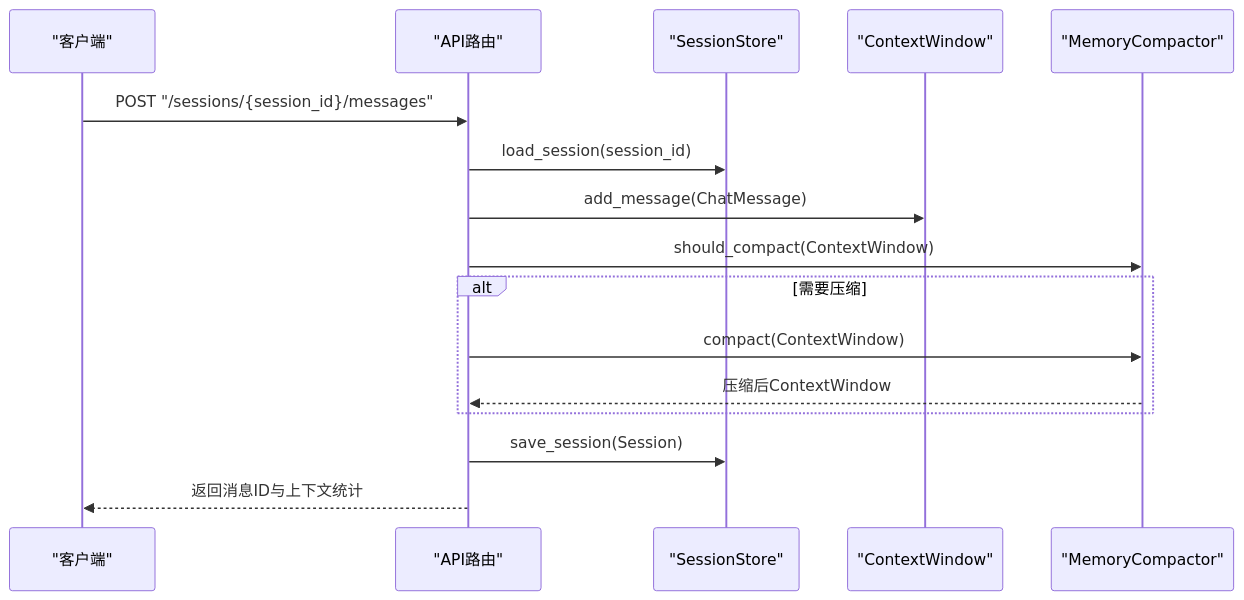
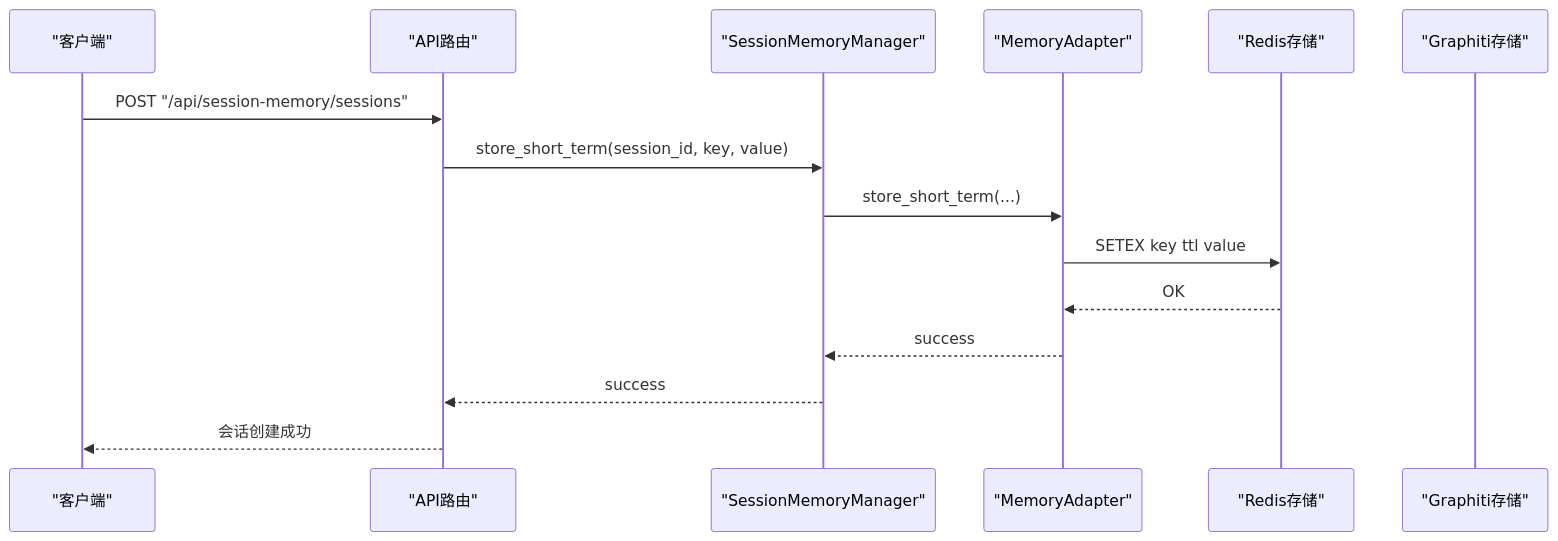
One commit to inier/ontology-graphiti changed the seventh of 9 diagrams in .qoder/repowiki/zh/content/核心模块/平台支撑模块/会话记忆.md. Above: the diagram before and after it, drawn with Mermaid. The commit also changed other lines of this file and 64 other files, not shown here.

````diff
--- a/.qoder/repowiki/zh/content/核心模块/平台支撑模块/会话记忆.md
+++ b/.qoder/repowiki/zh/content/核心模块/平台支撑模块/会话记忆.md
@@ -240,18 +367,17 @@
 ```mermaid
 sequenceDiagram
 participant Client as "客户端"
 participant API as "API路由"
-participant Store as "SessionStore"
-participant CW as "ContextWindow"
-participant MC as "MemoryCompactor"
-Client->>API : POST "/sessions/{session_id}/messages"
-API->>Store : load_session(session_id)
-API->>CW : add_message(ChatMessage)
-API->>MC : should_compact(ContextWindow)
-alt 需要压缩
-API->>MC : compact(ContextWindow)
-MC-->>API : 压缩后ContextWindow
-end
-API->>Store : save_session(Session)
-API-->>Client : 返回消息ID与上下文统计
+participant Manager as "SessionMemoryManager"
+participant Adapter as "MemoryAdapter"
+participant Redis as "Redis存储"
+participant Graphiti as "Graphiti存储"
+Client->>API : POST "/api/session-memory/sessions"
+API->>Manager : store_short_term(session_id, key, value)
+Manager->>Adapter : store_short_term(...)
+Adapter->>Redis : SETEX key ttl value
+Redis-->>Adapter : OK
+Adapter-->>Manager : success
+Manager-->>API : success
+API-->>Client : 会话创建成功
 ```
````
